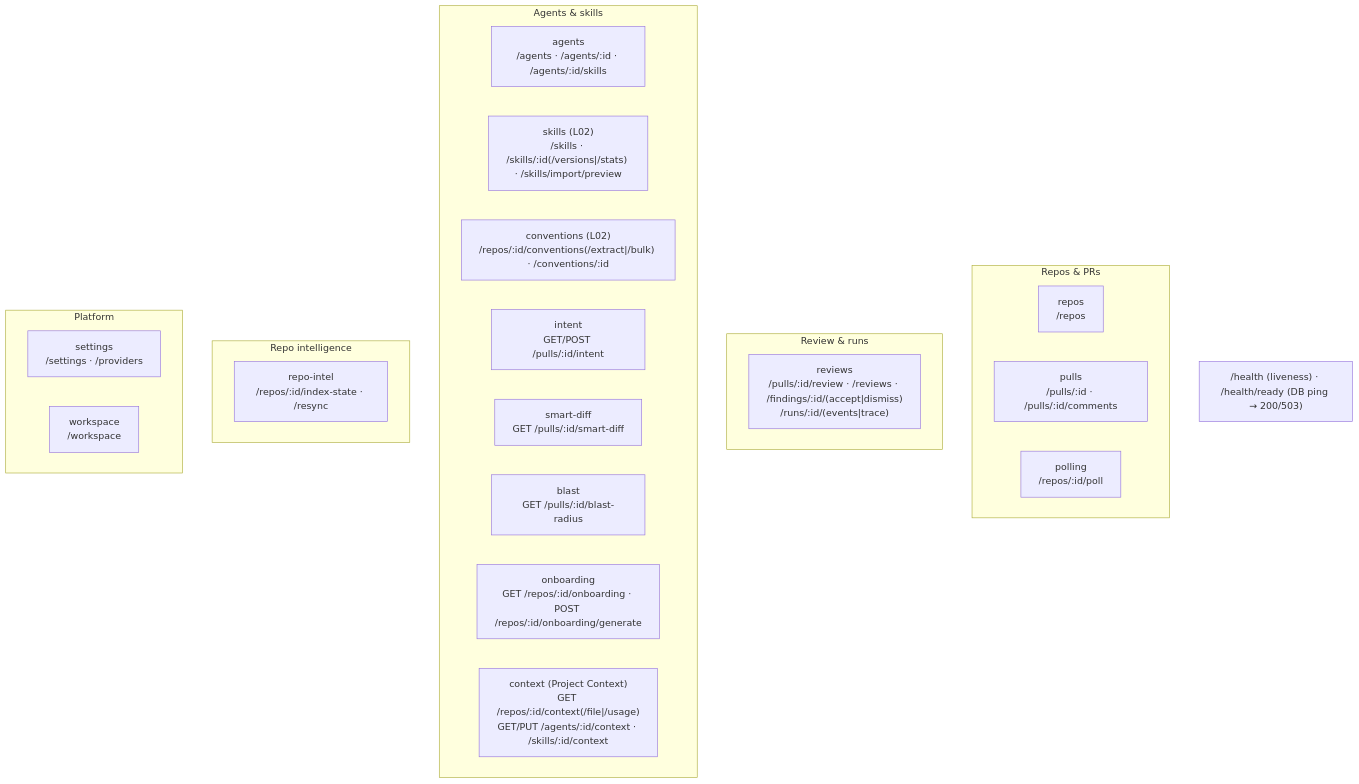
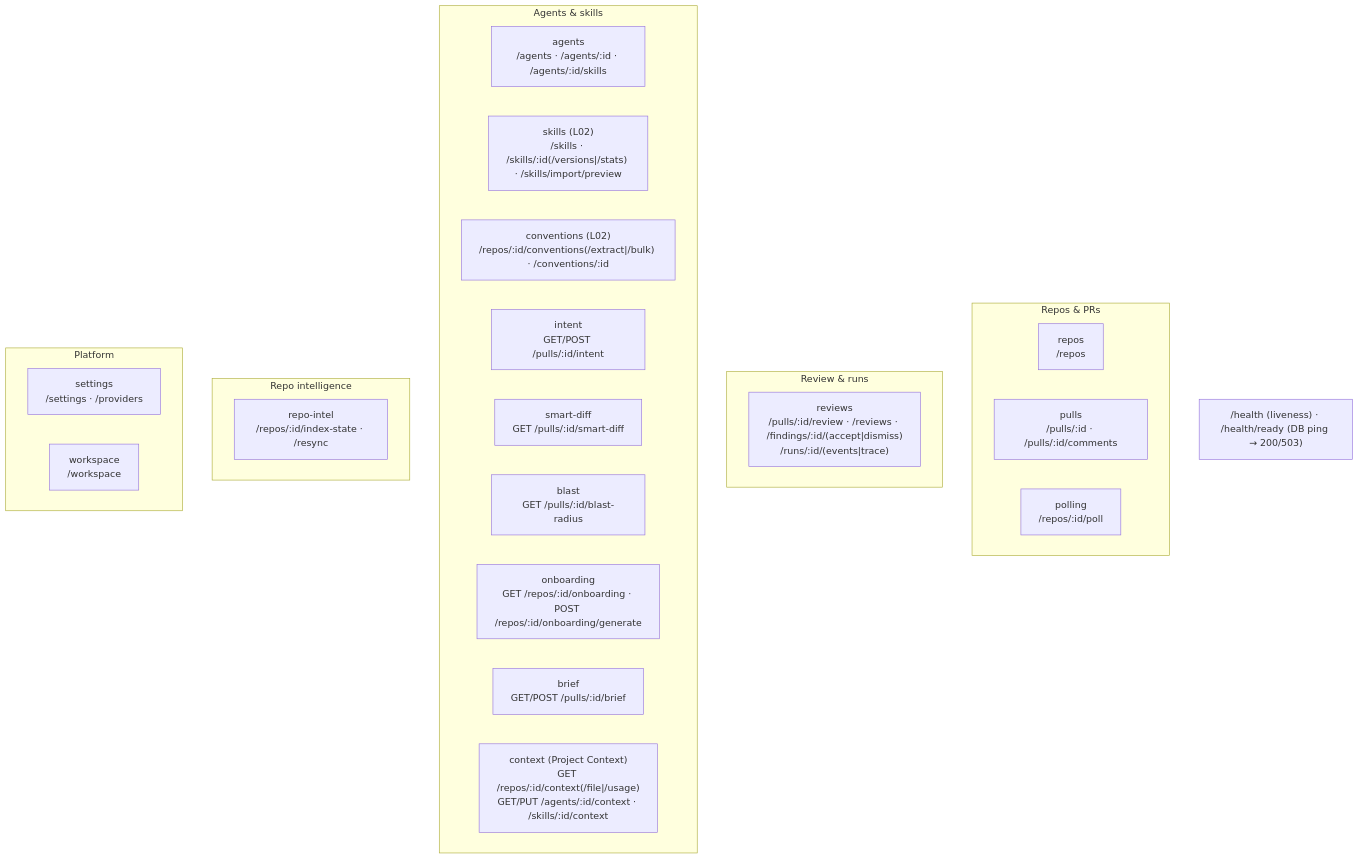
The second of 2 diagrams in server/README.md (aptrnk1/dev-digest), drawn with Mermaid before and after one commit. The commit also changed other lines of this file and 9 other files, not shown here.

````diff
--- a/server/README.md
+++ b/server/README.md
@@ -64,29 +64,30 @@
 ```mermaid
 flowchart TB
   subgraph Repos_PRs["Repos & PRs"]
     repos["repos<br/>/repos"]
     pulls["pulls<br/>/pulls/:id · /pulls/:id/comments"]
     polling["polling<br/>/repos/:id/poll"]
   end
   subgraph Review["Review & runs"]
     reviews["reviews<br/>/pulls/:id/review · /reviews · /findings/:id/(accept|dismiss)<br/>/runs/:id/(events|trace)"]
   end
   subgraph Agents["Agents & skills"]
     agents["agents<br/>/agents · /agents/:id · /agents/:id/skills"]
     skills["skills (L02)<br/>/skills · /skills/:id(/versions|/stats) · /skills/import/preview"]
     conventions["conventions (L02)<br/>/repos/:id/conventions(/extract|/bulk) · /conventions/:id"]
     intent["intent<br/>GET/POST /pulls/:id/intent"]
     smartDiff["smart-diff<br/>GET /pulls/:id/smart-diff"]
     blast["blast<br/>GET /pulls/:id/blast-radius"]
     onboarding["onboarding<br/>GET /repos/:id/onboarding · POST /repos/:id/onboarding/generate"]
+    brief["brief<br/>GET/POST /pulls/:id/brief"]
     context["context (Project Context)<br/>GET /repos/:id/context(/file|/usage)<br/>GET/PUT /agents/:id/context · /skills/:id/context"]
   end
   subgraph Intel["Repo intelligence"]
     repoIntel["repo-intel<br/>/repos/:id/index-state · /resync"]
   end
   subgraph Platform["Platform"]
     settings["settings<br/>/settings · /providers"]
     workspace["workspace<br/>/workspace"]
   end
   HEALTH["/health (liveness) · /health/ready (DB ping → 200/503)"]
 ```
````
